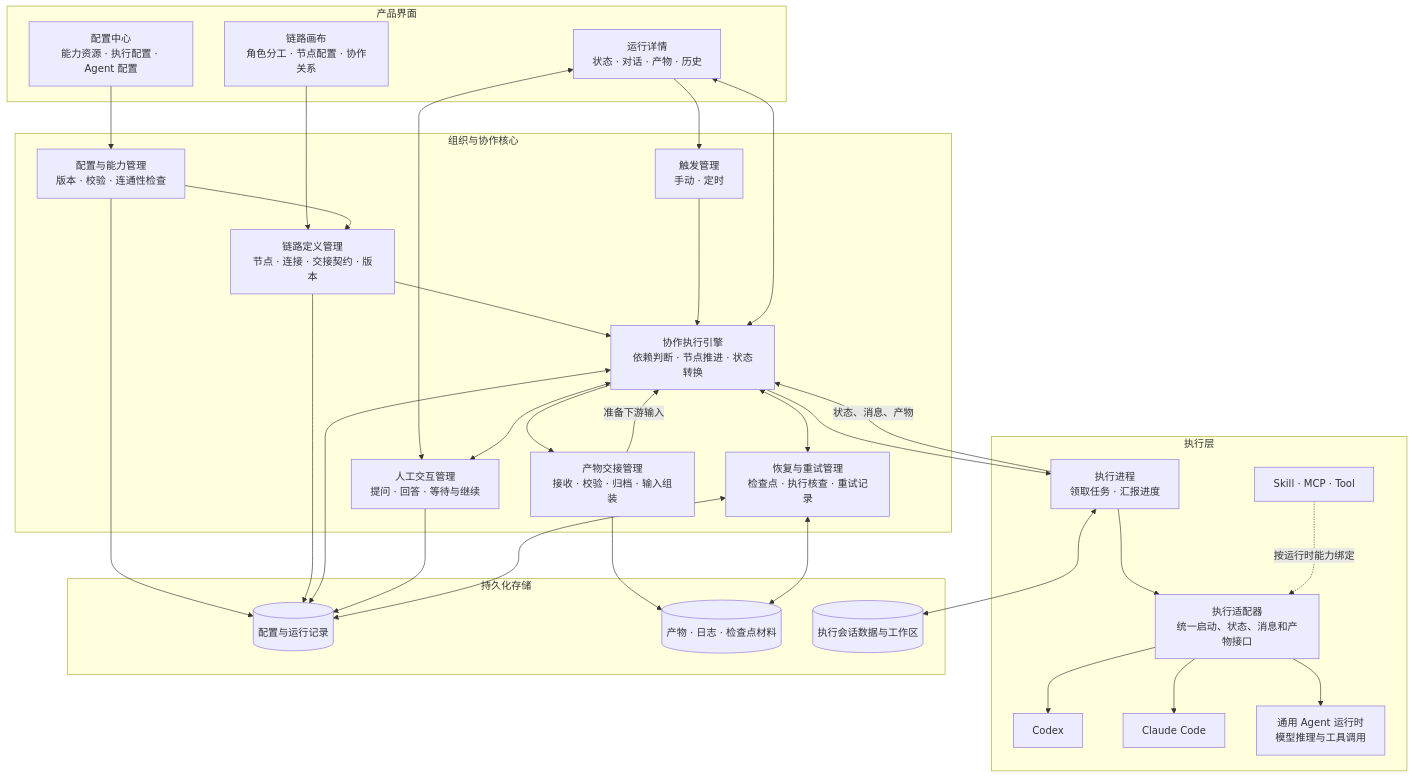
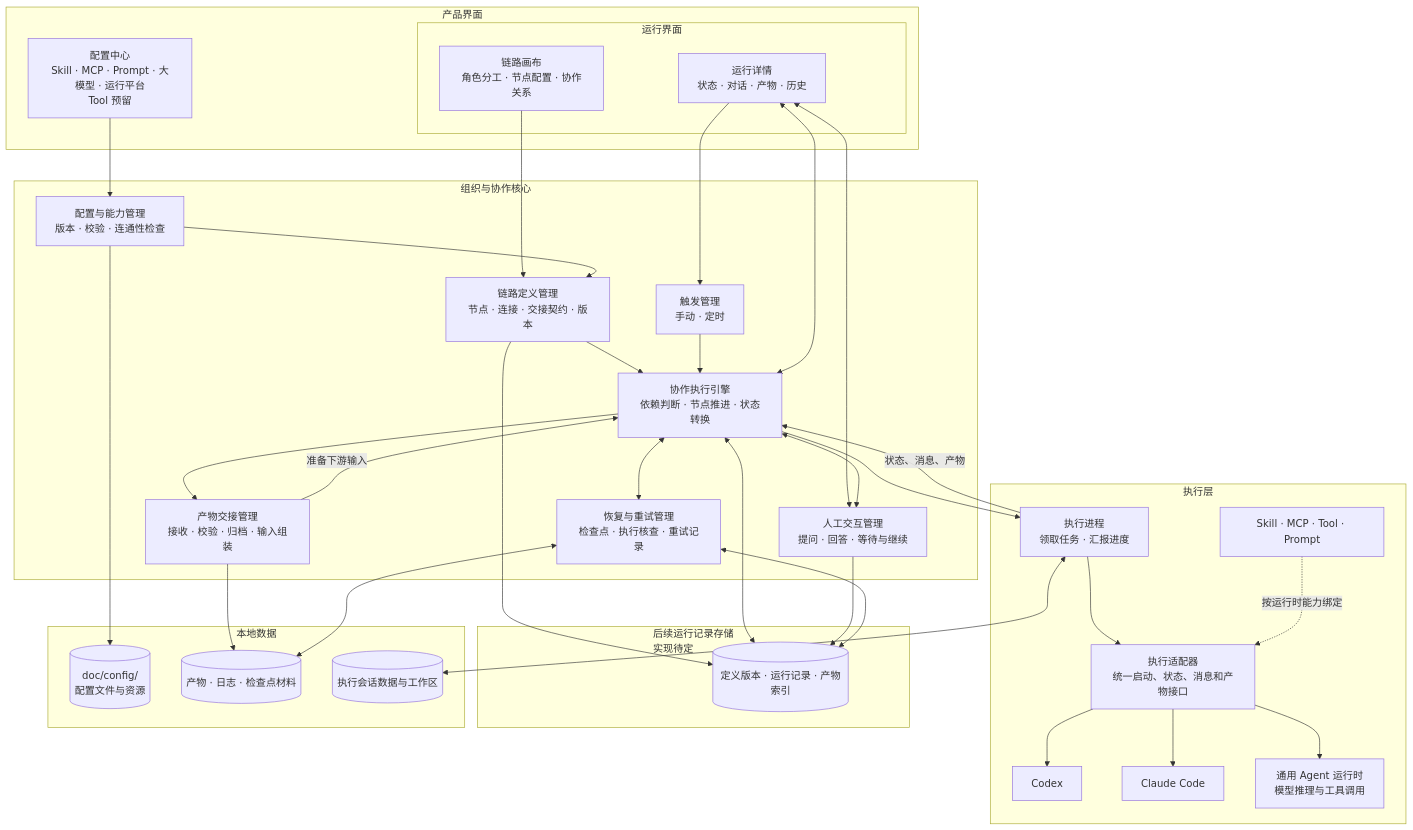
The first of 5 diagrams in AsomForge-项目说明与架构设计.md (asom21/asomforge), drawn with Mermaid before and after one commit. The commit also changed other lines of this file and 20 other files, not shown here.

````diff
--- a/AsomForge-项目说明与架构设计.md
+++ b/AsomForge-项目说明与架构设计.md
@@ -87,61 +106,67 @@
 ```mermaid
 flowchart TB
     subgraph UI["产品界面"]
-        CONFIG["配置中心<br/>能力资源 · 执行配置 · Agent 配置"]
-        CANVAS["链路画布<br/>角色分工 · 节点配置 · 协作关系"]
-        VIEW["运行详情<br/>状态 · 对话 · 产物 · 历史"]
+        CONFIG["配置中心<br/>Skill · MCP · Prompt · 大模型 · 运行平台<br/>Tool 预留"]
+        subgraph RUNUI["运行界面"]
+            CANVAS["链路画布<br/>角色分工 · 节点配置 · 协作关系"]
+            VIEW["运行详情<br/>状态 · 对话 · 产物 · 历史"]
+        end
     end
 
     subgraph CORE["组织与协作核心"]
         REG["配置与能力管理<br/>版本 · 校验 · 连通性检查"]
         DEF["链路定义管理<br/>节点 · 连接 · 交接契约 · 版本"]
         TRIGGER["触发管理<br/>手动 · 定时"]
         ENGINE["协作执行引擎<br/>依赖判断 · 节点推进 · 状态转换"]
         HANDOFF["产物交接管理<br/>接收 · 校验 · 归档 · 输入组装"]
         HUMAN["人工交互管理<br/>提问 · 回答 · 等待与继续"]
         RECOVERY["恢复与重试管理<br/>检查点 · 执行核查 · 重试记录"]
     end
 
     subgraph EXEC["执行层"]
         WORKER["执行进程<br/>领取任务 · 汇报进度"]
         ADAPTER["执行适配器<br/>统一启动、状态、消息和产物接口"]
         CODEX["Codex"]
         CLAUDE["Claude Code"]
         GENERIC["通用 Agent 运行时<br/>模型推理与工具调用"]
-        CAP["Skill · MCP · Tool"]
+        CAP["Skill · MCP · Tool · Prompt"]
     end
 
-    subgraph DATA["持久化存储"]
-        META[("配置与运行记录")]
+    subgraph RECORDS["后续运行记录存储<br/>实现待定"]
+        META[("定义版本 · 运行记录 · 产物索引")]
+    end
+
+    subgraph LOCAL["本地数据"]
+        CONFIGFILES[("doc/config/<br/>配置文件与资源")]
         FILES[("产物 · 日志 · 检查点材料")]
         WORKSPACE[("执行会话数据与工作区")]
     end
 
     CONFIG --> REG
     CANVAS --> DEF
     REG --> DEF
     DEF --> ENGINE
     TRIGGER --> ENGINE
     VIEW --> TRIGGER
     VIEW <--> ENGINE
     VIEW <--> HUMAN
     ENGINE <--> HUMAN
     ENGINE <--> RECOVERY
     ENGINE --> WORKER
     WORKER --> ADAPTER
     ADAPTER --> CODEX
     ADAPTER --> CLAUDE
     ADAPTER --> GENERIC
     CAP -. "按运行时能力绑定" .-> ADAPTER
     WORKER -->|状态、消息、产物| ENGINE
     ENGINE --> HANDOFF
     HANDOFF -->|准备下游输入| ENGINE
-    REG --> META
+    REG --> CONFIGFILES
     DEF --> META
     ENGINE <--> META
     HUMAN --> META
     RECOVERY <--> META
     HANDOFF --> FILES
     RECOVERY <--> FILES
     WORKER <--> WORKSPACE
 ```
````
